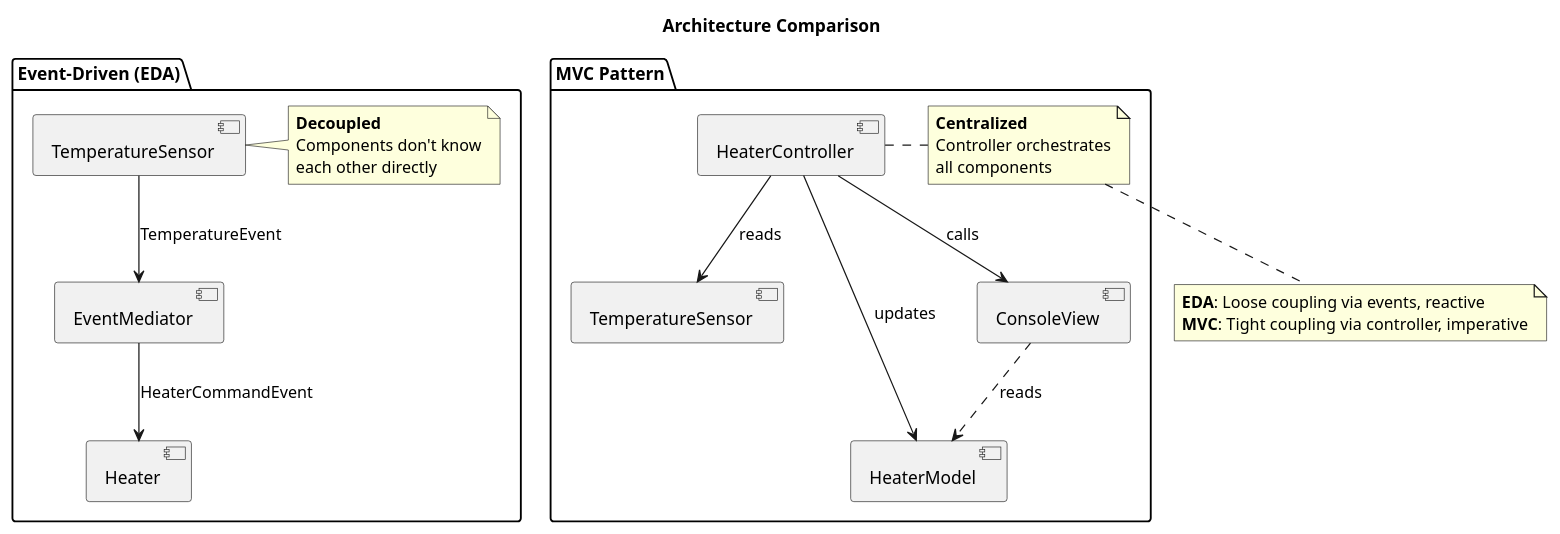
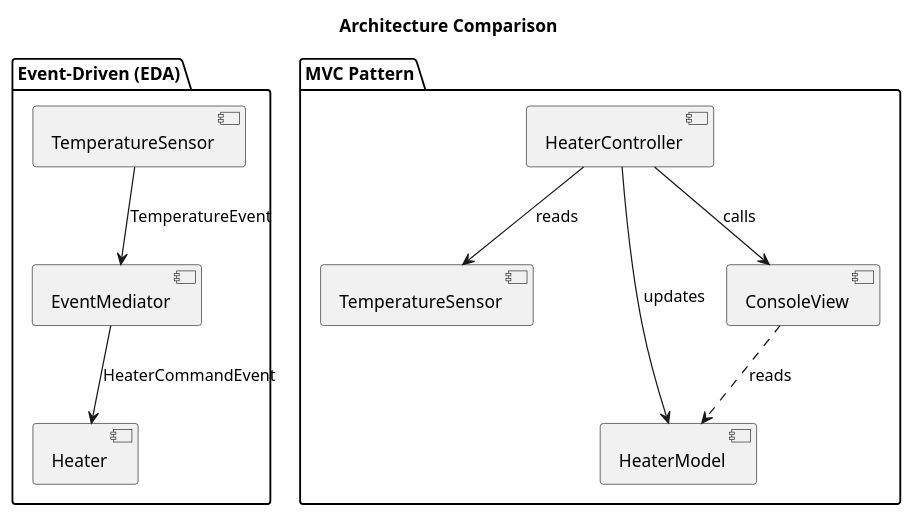
Before and after one commit to YasCay/ArchitecturalPatterns: the diagram in mvc_eda_comparison.puml, drawn with PlantUML. The commit also changed 5 other files, not shown here.

Commit message:
Add sequence diagrams for Event-Driven Architecture and MVC patterns

```diff
--- a/mvc_eda_comparison.puml
+++ b/mvc_eda_comparison.puml
@@ -1,42 +1,27 @@
 @startuml Architecture_Comparison
 title Architecture Comparison
 
 package "Event-Driven (EDA)" {
   [TemperatureSensor] as eda_sensor
   [EventMediator] as eda_mediator
   [Heater] as eda_heater
   
   eda_sensor -down-> eda_mediator : TemperatureEvent
   eda_mediator -down-> eda_heater : HeaterCommandEvent
   
-  note right of eda_sensor
-    **Decoupled**
-    Components don't know
-    each other directly
-  end note
 }
 
 package "MVC Pattern" {
   [TemperatureSensor] as mvc_sensor
   [HeaterModel] as mvc_model
   [ConsoleView] as mvc_view
   [HeaterController] as mvc_controller
   
   mvc_controller -down-> mvc_sensor : reads
   mvc_controller -down-> mvc_model : updates
   mvc_controller -down-> mvc_view : calls
   mvc_view .down.> mvc_model : reads
   
-  note right of mvc_controller
-    **Centralized**
-    Controller orchestrates
-    all components
-  end note
 }
 
-note bottom
-  **EDA**: Loose coupling via events, reactive
-  **MVC**: Tight coupling via controller, imperative
-end note
-
 @enduml
```
